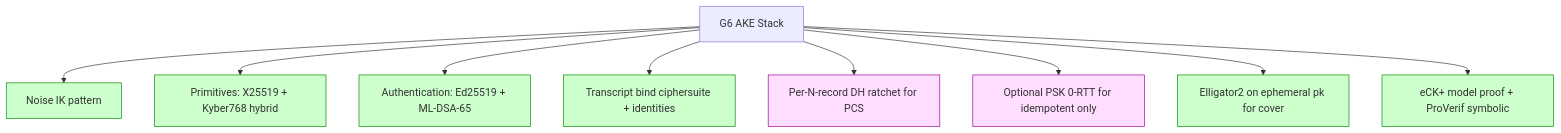
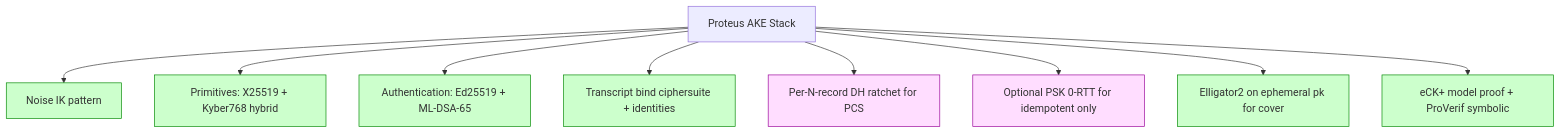
The fourth of 4 diagrams in lessons/part-3-cryptography/3.6-key-exchange.md (Icarus603/network-from-scratch), drawn with Mermaid before and after one commit. The commit also changed other lines of this file and 300 other files, not shown here.

````diff
--- a/lessons/part-3-cryptography/3.6-key-exchange.md
+++ b/lessons/part-3-cryptography/3.6-key-exchange.md
@@ -402,15 +402,15 @@
 ```mermaid
 flowchart TD
     classDef chosen fill:#cfc,stroke:#080
     classDef inspire fill:#fdf,stroke:#909
 
-    G6KE[G6 AKE Stack]
-    G6KE --> Pattern[Noise IK pattern]:::chosen
-    G6KE --> PrimKE[Primitives: X25519 + Kyber768 hybrid]:::chosen
-    G6KE --> Sig[Authentication: Ed25519 + ML-DSA-65]:::chosen
-    G6KE --> Transcript[Transcript bind ciphersuite + identities]:::chosen
-    G6KE --> Ratchet[Per-N-record DH ratchet for PCS]:::inspire
-    G6KE --> ZeroRTT[Optional PSK 0-RTT for idempotent only]:::inspire
-    G6KE --> Disguise[Elligator2 on ephemeral pk for cover]:::chosen
-    G6KE --> Proof[eCK+ model proof + ProVerif symbolic]:::chosen
+    ProteusKE[Proteus AKE Stack]
+    ProteusKE --> Pattern[Noise IK pattern]:::chosen
+    ProteusKE --> PrimKE[Primitives: X25519 + Kyber768 hybrid]:::chosen
+    ProteusKE --> Sig[Authentication: Ed25519 + ML-DSA-65]:::chosen
+    ProteusKE --> Transcript[Transcript bind ciphersuite + identities]:::chosen
+    ProteusKE --> Ratchet[Per-N-record DH ratchet for PCS]:::inspire
+    ProteusKE --> ZeroRTT[Optional PSK 0-RTT for idempotent only]:::inspire
+    ProteusKE --> Disguise[Elligator2 on ephemeral pk for cover]:::chosen
+    ProteusKE --> Proof[eCK+ model proof + ProVerif symbolic]:::chosen
 ```
````
